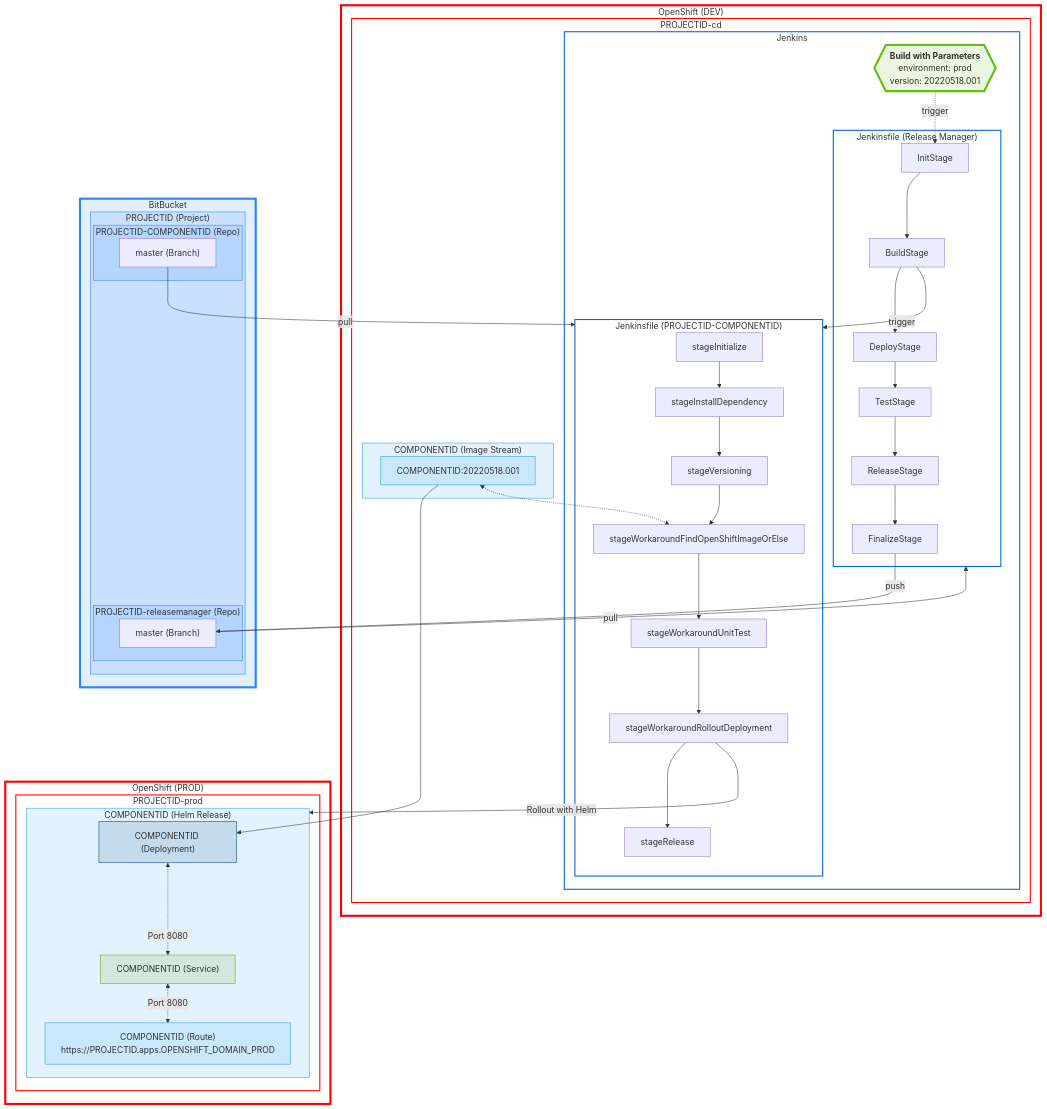
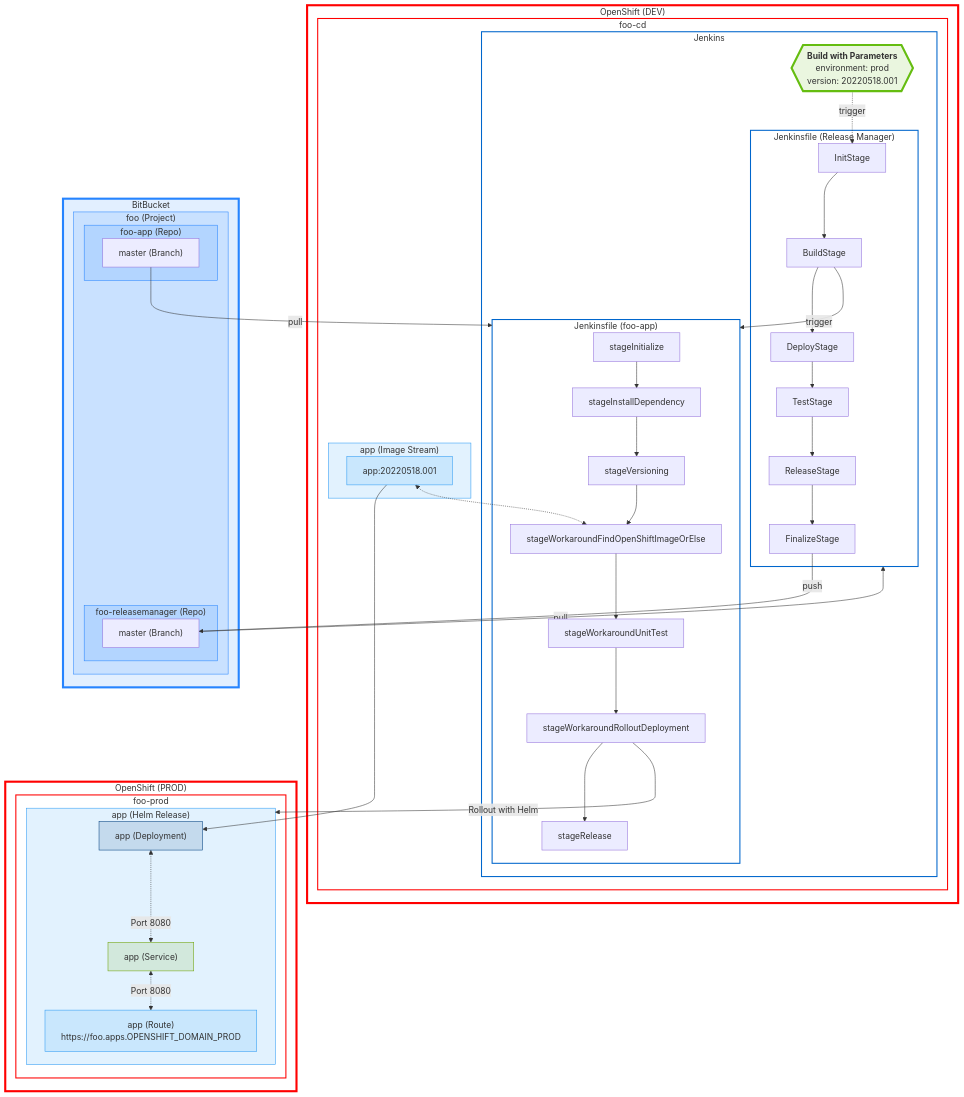
One commit to SimonGolms/ods-quickstarter-fe-ionic-react-vite-playwright changed the fifth of 5 diagrams in README.md. Above: the diagram before and after it, drawn with Mermaid. The commit also changed other lines of this file and 1 other file, not shown here.

First line of the commit message:
chore(release): 1.0.3 [skip ci]

````diff
--- a/README.md
+++ b/README.md
@@ -875,70 +875,70 @@
 ```mermaid
 %% If the Mermaid Diagram is not rendered (as is the case on BitBucket), it can be viewed at https://mermaid.live/
 flowchart TB
     subgraph openshift-dev["OpenShift (DEV)"]
-        subgraph PROJECTID-cd
+        subgraph foo-cd
             subgraph jenkins["Jenkins"]
                 build-with-parameters{{"<strong>Build with Parameters</strong>\nenvironment: prod\nversion: 20220518.001"}}:::classManualTask
                 subgraph jenkinsfile-releasemanager["Jenkinsfile (Release Manager)"]
                     InitStage --> BuildStage --> DeployStage --> TestStage --> ReleaseStage --> FinalizeStage
                 end
-                subgraph jenkinsfile-PROJECTID-COMPONENTID["Jenkinsfile (PROJECTID-COMPONENTID)"]
+                subgraph jenkinsfile-foo-app["Jenkinsfile (foo-app)"]
                     stageInitialize --> stageInstallDependency --> stageVersioning --> stageWorkaroundFindOpenShiftImageOrElse --> stageWorkaroundUnitTest --> stageWorkaroundRolloutDeployment --> stageRelease
                 end
             end
-            subgraph cd-IS-COMPONENTID["COMPONENTID (Image Stream)"]
-                cd-IST-COMPONENTID["COMPONENTID:20220518.001"]:::classImageStreamTag
+            subgraph cd-IS-app["app (Image Stream)"]
+                cd-IST-app["app:20220518.001"]:::classImageStreamTag
             end
         end
     end
     subgraph openshift-prod["OpenShift (PROD)"]
-        subgraph PROJECTID-prod
-            subgraph prod-HR-COMPONENTID["COMPONENTID (Helm Release)"]
-                prod-D-COMPONENTID["COMPONENTID (Deployment)"]:::classDeployment <-. Port 8080 .-> prod-S-COMPONENTID["COMPONENTID (Service)"]:::classService <-. Port 8080 .-> prod-RT-COMPONENTID["COMPONENTID (Route)\nhttps://PROJECTID.apps.OPENSHIFT_DOMAIN_PROD"]:::classRoute
+        subgraph foo-prod
+            subgraph prod-HR-app["app (Helm Release)"]
+                prod-D-app["app (Deployment)"]:::classDeployment <-. Port 8080 .-> prod-S-app["app (Service)"]:::classService <-. Port 8080 .-> prod-RT-app["app (Route)\nhttps://foo.apps.OPENSHIFT_DOMAIN_PROD"]:::classRoute
             end
         end
     end
     subgraph BitBucket
-        subgraph bitbucket-PROJECTID["PROJECTID (Project)"]
-            subgraph bitbucket-PROJECTID-COMPONENTID["PROJECTID-COMPONENTID (Repo)"]
-                bitbucket-PROJECTID-COMPONENTID-branch-master["master (Branch)"]
+        subgraph bitbucket-foo["foo (Project)"]
+            subgraph bitbucket-foo-app["foo-app (Repo)"]
+                bitbucket-foo-app-branch-master["master (Branch)"]
             end
-            subgraph bitbucket-PROJECTID-releasemanager["PROJECTID-releasemanager (Repo)"]
-                bitbucket-PROJECTID-releasemanager-branch-master["master (Branch)"]
+            subgraph bitbucket-foo-releasemanager["foo-releasemanager (Repo)"]
+                bitbucket-foo-releasemanager-branch-master["master (Branch)"]
             end
         end
     end
 
-cd-IST-COMPONENTID --> prod-D-COMPONENTID
-cd-IST-COMPONENTID <-.-> stageWorkaroundFindOpenShiftImageOrElse
-bitbucket-PROJECTID-COMPONENTID-branch-master -- pull --> jenkinsfile-PROJECTID-COMPONENTID
-bitbucket-PROJECTID-releasemanager-branch-master -- pull --> jenkinsfile-releasemanager
-BuildStage -- trigger --> jenkinsfile-PROJECTID-COMPONENTID
+cd-IST-app --> prod-D-app
+cd-IST-app <-.-> stageWorkaroundFindOpenShiftImageOrElse
+bitbucket-foo-app-branch-master -- pull --> jenkinsfile-foo-app
+bitbucket-foo-releasemanager-branch-master -- pull --> jenkinsfile-releasemanager
+BuildStage -- trigger --> jenkinsfile-foo-app
 build-with-parameters -. trigger .-> InitStage
-FinalizeStage -- push --> bitbucket-PROJECTID-releasemanager-branch-master
-stageWorkaroundRolloutDeployment -- "Rollout with Helm" --> prod-HR-COMPONENTID
+FinalizeStage -- push --> bitbucket-foo-releasemanager-branch-master
+stageWorkaroundRolloutDeployment -- "Rollout with Helm" --> prod-HR-app
 
 %% stlyes
 classDef classBitBucket fill:#2684FF22,stroke:#2684FF,stroke-width:4px
 classDef classBitBucketProject fill:#2684FF22,stroke:#2684FF
 classDef classBuildConfig fill:#00408022,stroke:#004080
 classDef classDeployment fill:#00408022,stroke:#004080
 classDef classDeploymentConfig fill:#00408022,stroke:#004080
 classDef classHelmRelease fill:#2b9af322,stroke:#2b9af3
 classDef classImageStream fill:#2b9af322,stroke:#2b9af3
 classDef classImageStreamTag fill:#2b9af322,stroke:#2b9af3
 classDef classOcpProject fill:#ffffff00,stroke:#f00,stroke-width:2px
 classDef classOcpResource fill:#ffffff00,stroke:#06c,stroke-width:2px
 classDef classOpenShift fill:#ffffff00,stroke:#f00,stroke-width:4px
 classDef classRoute fill:#2b9af322,stroke:#2b9af3
 classDef classService fill:#6ca10022,stroke:#6ca100
 classDef classManualTask fill:#65bd1022,stroke:#65bd10,stroke-width:4px
 
 class BitBucket classBitBucket
-class bitbucket-PROJECTID,bitbucket-PROJECTID-COMPONENTID,bitbucket-PROJECTID-releasemanager classBitBucketProject
-class prod-HR-COMPONENTID classHelmRelease
-class cd-IS-COMPONENTID classImageStream
-class aqua,ods,PROJECTID-cd,PROJECTID-prod classOcpProject
-class aqua-aqua,jenkins,jenkinsfile-PROJECTID-COMPONENTID,jenkinsfile-releasemanager,sonarqube,webhook-proxy classOcpResource
+class bitbucket-foo,bitbucket-foo-app,bitbucket-foo-releasemanager classBitBucketProject
+class prod-HR-app classHelmRelease
+class cd-IS-app classImageStream
+class aqua,ods,foo-cd,foo-prod classOcpProject
+class aqua-aqua,jenkins,jenkinsfile-foo-app,jenkinsfile-releasemanager,sonarqube,webhook-proxy classOcpResource
 class openshift-dev,openshift-prod classOpenShift
 ```
````
